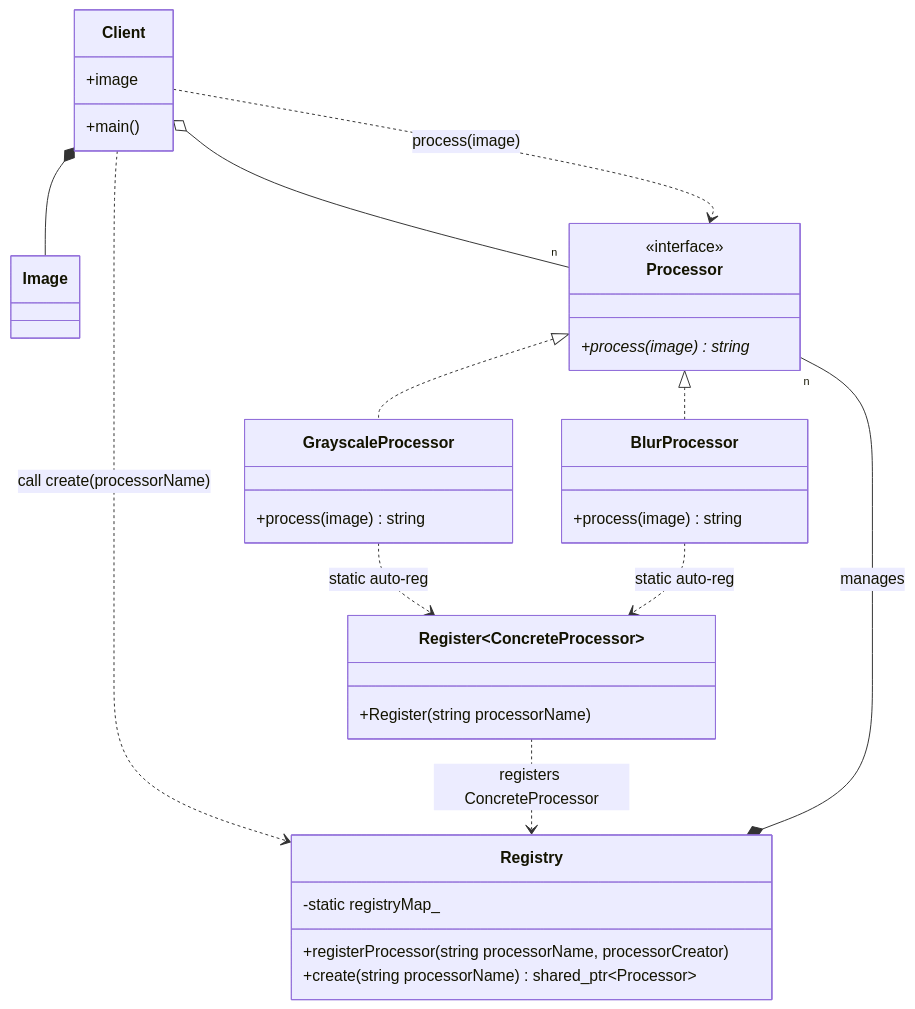
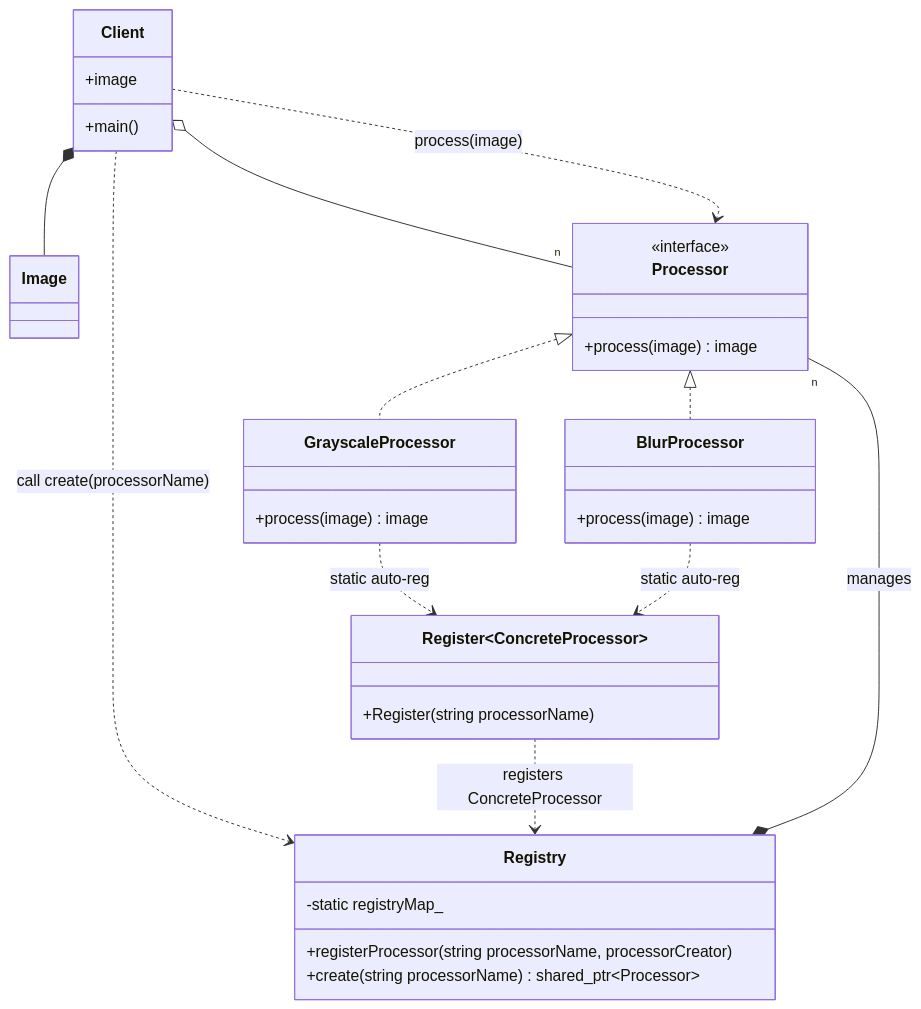
The diagram in 16_Register/README.md (Cichlidfishexigency721/Modern-CPP-Design-Patterns), drawn with Mermaid before and after one commit. The commit also changed 1 other file, not shown here.

Commit message:
UML improvement

````diff
--- a/16_Register/README.md
+++ b/16_Register/README.md
@@ -96,52 +96,52 @@
 ```mermaid
 classDiagram
    class Image
 
    class Processor {
       <<interface>>
-      +process(image) string*
+      +process(image) image
    }
 
    class GrayscaleProcessor {
-      +process(image) string
+      +process(image) image
    }
 
    class BlurProcessor {
-      +process(image) string
+      +process(image) image
    }
 
    class Registry {
       -static registryMap_
       +registerProcessor(string processorName, processorCreator)
       +create(string processorName) shared_ptr~Processor~
    }
 
    class Register~ConcreteProcessor~ {
       +Register(string processorName)
    }
 
    class Client {
       +image
       +main()
    }
 
    %% Inheritance (Implements)
    Processor <|.. GrayscaleProcessor
    Processor <|.. BlurProcessor
 
    %% The Registry manages the lifecycle of processors (Singleton/Flyweight)
    %% Composition (Has_a) - Multiplicity "n" at the end
    Registry *-- "n" Processor : manages
 
    %% Auto-registration mechanism
    %% Dependency (..>) - No numbers
    Register~ConcreteProcessor~ ..> Registry : registers ConcreteProcessor
    GrayscaleProcessor ..> Register~ConcreteProcessor~ : static auto-reg
    BlurProcessor ..> Register~ConcreteProcessor~ : static auto-reg
 
    %% Client interactions
    Client *-- Image
    Client ..> Registry : call create(processorName)
    Client o-- "n" Processor
    Client ..> Processor : process(image)
 ```
````
